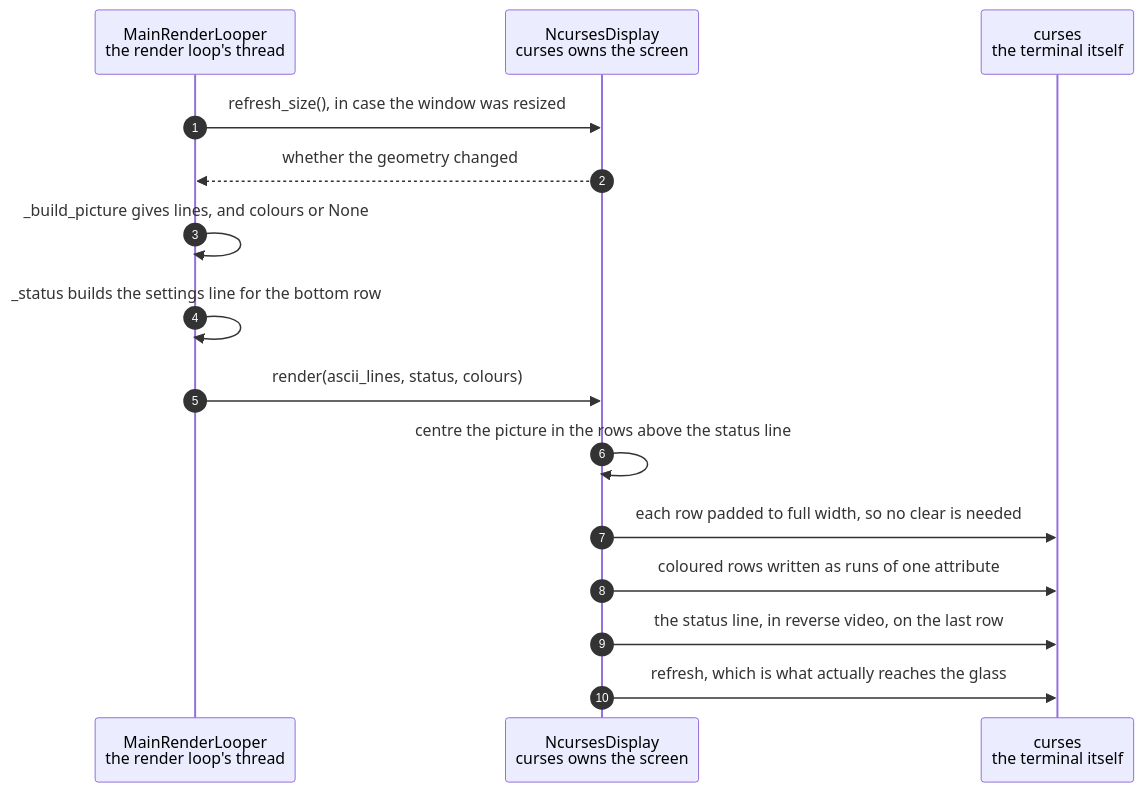
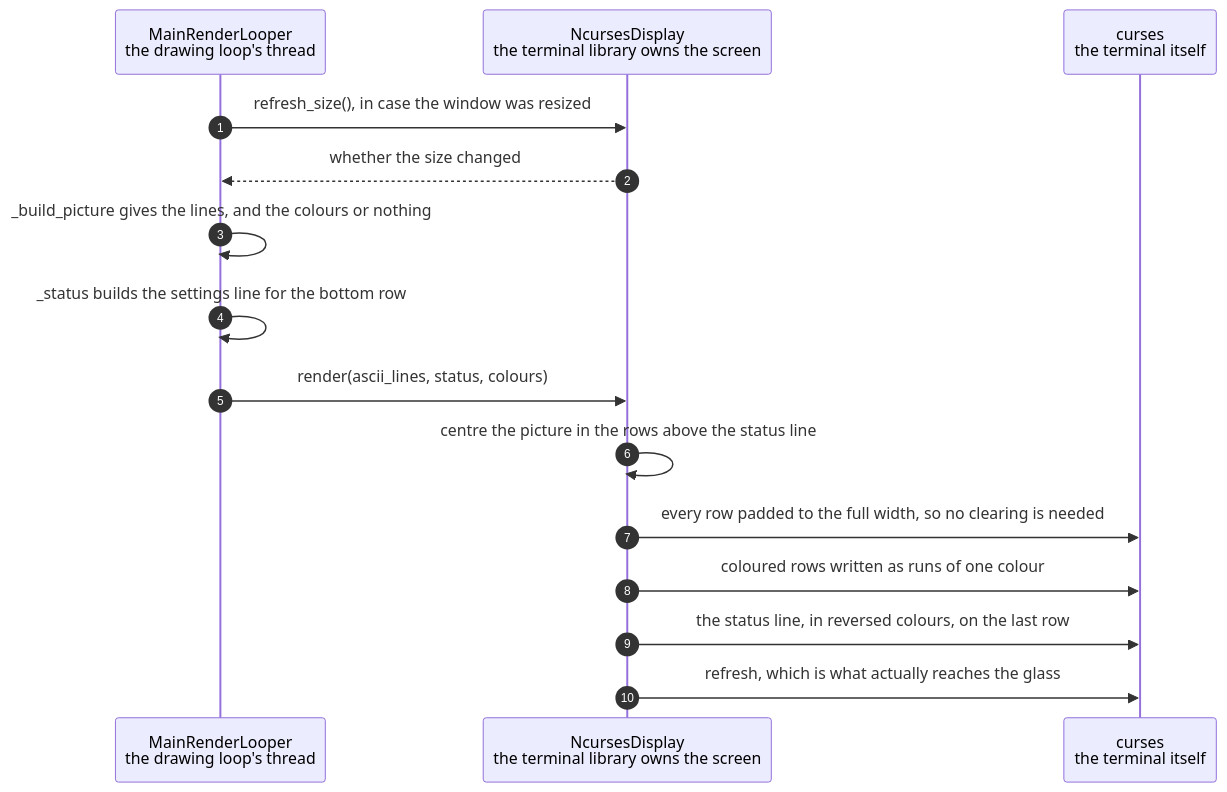
One commit to replicant1/AsciiArt-Pi changed the diagram in docs/scenarios/the-character-grid-is-drawn-on-the-hdmi-terminal.md. Above: the diagram before and after it, drawn with Mermaid. The commit also changed other lines of this file, not shown here.

First line of the commit message:
Rewrite the HDMI terminal scenario, and say why it has no thread

````diff
--- a/docs/scenarios/the-character-grid-is-drawn-on-the-hdmi-terminal.md
+++ b/docs/scenarios/the-character-grid-is-drawn-on-the-hdmi-terminal.md
@@ -52,18 +61,18 @@
 ```mermaid
 sequenceDiagram
     autonumber
-    participant App as MainRenderLooper<br/>the render loop's thread
-    participant Term as NcursesDisplay<br/>curses owns the screen
+    participant App as MainRenderLooper<br/>the drawing loop's thread
+    participant Term as NcursesDisplay<br/>the terminal library owns the screen
     participant Curses as curses<br/>the terminal itself
 
     App->>Term: refresh_size(), in case the window was resized
-    Term-->>App: whether the geometry changed
-    App->>App: _build_picture gives lines, and colours or None
+    Term-->>App: whether the size changed
+    App->>App: _build_picture gives the lines, and the colours or nothing
     App->>App: _status builds the settings line for the bottom row
     App->>Term: render(ascii_lines, status, colours)
     Term->>Term: centre the picture in the rows above the status line
-    Term->>Curses: each row padded to full width, so no clear is needed
-    Term->>Curses: coloured rows written as runs of one attribute
-    Term->>Curses: the status line, in reverse video, on the last row
+    Term->>Curses: every row padded to the full width, so no clearing is needed
+    Term->>Curses: coloured rows written as runs of one colour
+    Term->>Curses: the status line, in reversed colours, on the last row
     Term->>Curses: refresh, which is what actually reaches the glass
 ```
````
